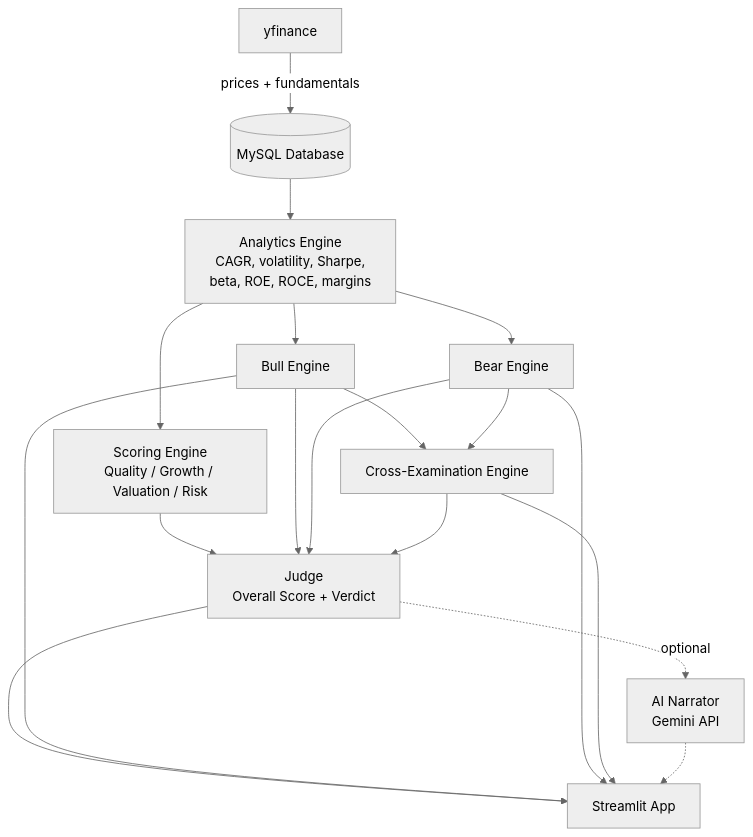
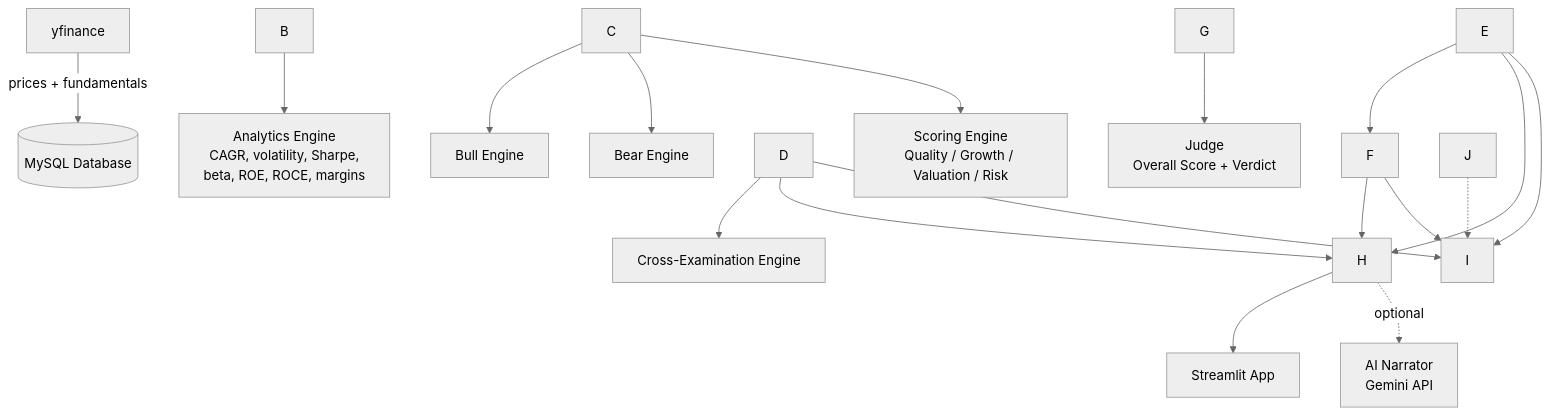
One commit to Athuu060107/investment-courtroom changed the first of 2 diagrams in README.md. Above: the diagram before and after it, drawn with Mermaid (neutral theme). The commit also changed other lines of this file and 7 other files, not shown here.

````diff
--- a/README.md
+++ b/README.md
@@ -48,20 +92,20 @@
 ```mermaid
 flowchart TD
-    A[yfinance] -->|prices + fundamentals| B[(MySQL Database)]
-    B --> C[Analytics Engine<br/>CAGR, volatility, Sharpe,<br/>beta, ROE, ROCE, margins]
-    C --> D[Bull Engine]
-    C --> E[Bear Engine]
-    D --> F[Cross-Examination Engine]
+    A\[yfinance] -->|prices + fundamentals| B\[(MySQL Database)]
+    B --> C\[Analytics Engine<br/>CAGR, volatility, Sharpe,<br/>beta, ROE, ROCE, margins]
+    C --> D\[Bull Engine]
+    C --> E\[Bear Engine]
+    D --> F\[Cross-Examination Engine]
     E --> F
-    C --> G[Scoring Engine<br/>Quality / Growth / Valuation / Risk]
-    G --> H[Judge<br/>Overall Score + Verdict]
+    C --> G\[Scoring Engine<br/>Quality / Growth / Valuation / Risk]
+    G --> H\[Judge<br/>Overall Score + Verdict]
     D --> H
     E --> H
     F --> H
-    H --> I[Streamlit App]
+    H --> I\[Streamlit App]
     D --> I
     E --> I
     F --> I
-    H -.optional.-> J[AI Narrator<br/>Gemini API]
+    H -.optional.-> J\[AI Narrator<br/>Gemini API]
     J -.-> I
 ```
````
